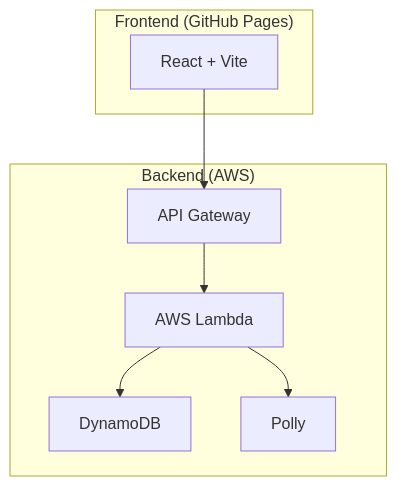
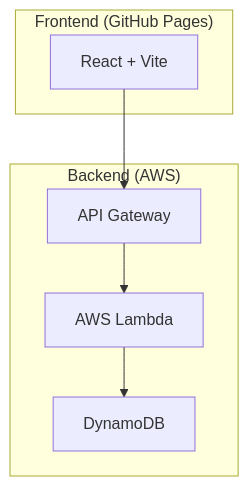
One commit to bamiyanapp/uchi-stock changed the diagram in README.md. Above: the diagram before and after it, drawn with Mermaid. The commit also changed other lines of this file, not shown here.

````diff
--- a/README.md
+++ b/README.md
@@ -39,14 +39,13 @@
 ```mermaid
 graph TD
     subgraph "Frontend (GitHub Pages)"
         I[React + Vite]
     end
 
     subgraph "Backend (AWS)"
         J[API Gateway] --> K[AWS Lambda];
         K --> L[DynamoDB];
-        K --> M[Polly];
     end
 
     I --> J;
 ```
````
